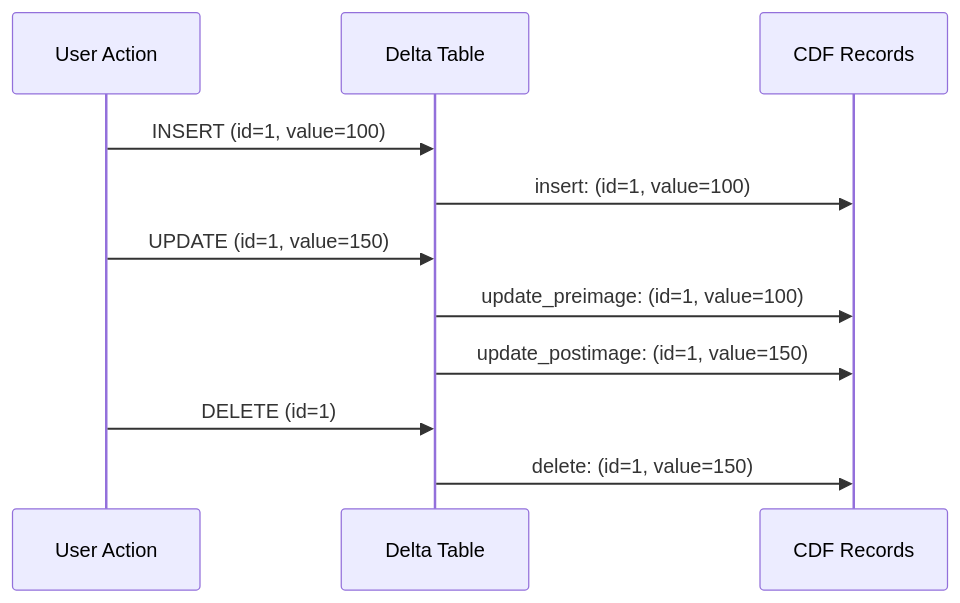
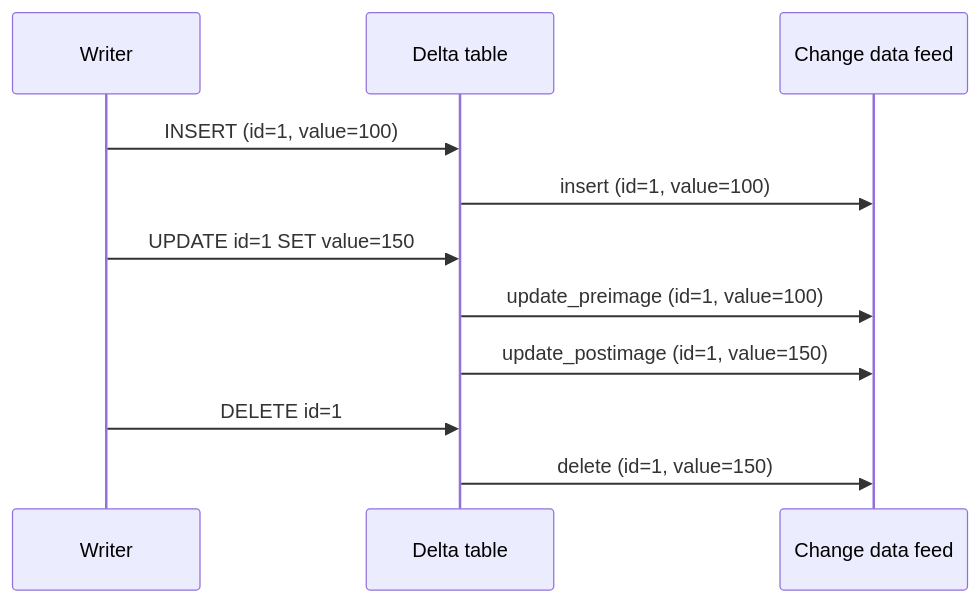
The second of 3 diagrams in certifications/data-engineer-professional/02-data-ingestion-and-acquisition/04-change-data-capture-part1.md (kengio/databricks-certification-study-guide), drawn with Mermaid before and after one commit. The commit also changed other lines of this file and 108 other files, not shown here.

````diff
--- a/certifications/data-engineer-professional/02-data-ingestion-and-acquisition/04-change-data-capture-part1.md
+++ b/certifications/data-engineer-professional/02-data-ingestion-and-acquisition/04-change-data-capture-part1.md
@@ -148,16 +96,13 @@
 ```mermaid
 sequenceDiagram
-    participant User as User Action
-    participant Table as Delta Table
-    participant CDF as CDF Records
-
-    User->>Table: INSERT (id=1, value=100)
-    Table->>CDF: insert: (id=1, value=100)
-
-    User->>Table: UPDATE (id=1, value=150)
-    Table->>CDF: update_preimage: (id=1, value=100)
-    Table->>CDF: update_postimage: (id=1, value=150)
-
-    User->>Table: DELETE (id=1)
-    Table->>CDF: delete: (id=1, value=150)
+    participant U as Writer
+    participant T as Delta table
+    participant C as Change data feed
+    U->>T: INSERT (id=1, value=100)
+    T->>C: insert (id=1, value=100)
+    U->>T: UPDATE id=1 SET value=150
+    T->>C: update_preimage (id=1, value=100)
+    T->>C: update_postimage (id=1, value=150)
+    U->>T: DELETE id=1
+    T->>C: delete (id=1, value=150)
 ```
````
